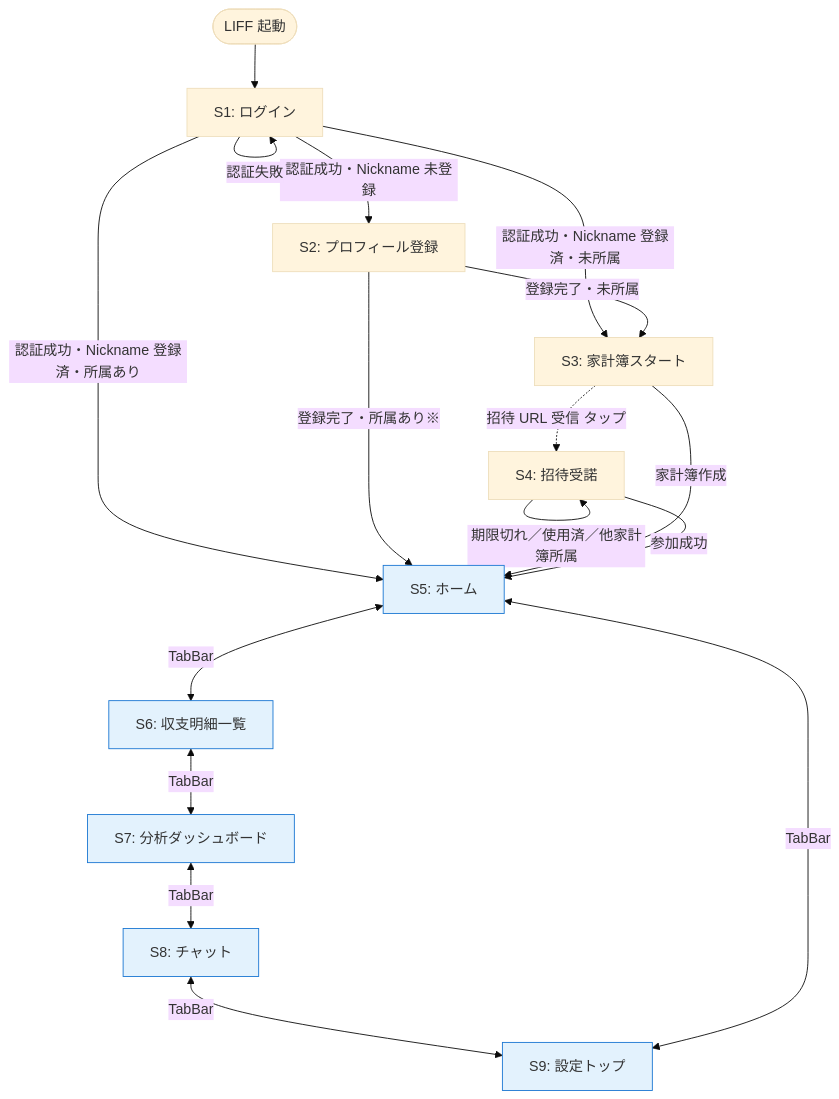
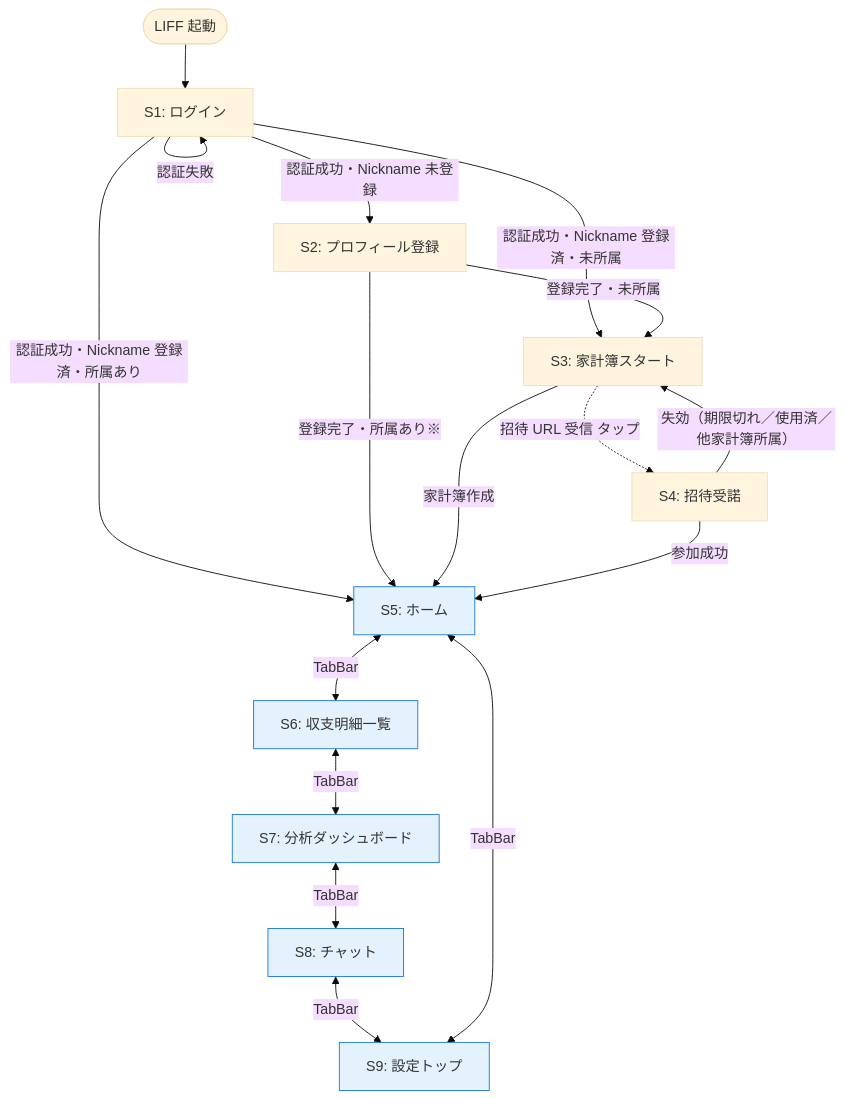
Before and after one commit to myantyuWorld/kakeibo-claude: the first of 3 diagrams in docs/design/画面一覧.md, drawn with Mermaid (base theme). The commit also changed other lines of this file and 4 other files, not shown here.

````diff
--- a/docs/design/画面一覧.md
+++ b/docs/design/画面一覧.md
@@ -71,31 +71,31 @@
 ```mermaid
 flowchart TD
     Start([LIFF 起動]) --> S1
     S1[S1: ログイン] -->|認証成功・Nickname 未登録| S2
     S1 -->|認証成功・Nickname 登録済・未所属| S3
     S1 -->|認証成功・Nickname 登録済・所属あり| S5
     S1 -->|認証失敗| S1
 
     S2[S2: プロフィール登録] -->|登録完了・未所属| S3
     S2 -->|登録完了・所属あり※| S5
 
     S3[S3: 家計簿スタート] -->|家計簿作成| S5
     S3 -.->|招待 URL 受信 タップ| S4
 
     S4[S4: 招待受諾] -->|参加成功| S5
-    S4 -->|期限切れ／使用済／他家計簿所属| S4
+    S4 -->|失効（期限切れ／使用済／他家計簿所属）| S3
 
     S5[S5: ホーム]:::main
     S6[S6: 収支明細一覧]:::main
     S7[S7: 分析ダッシュボード]:::main
     S8[S8: チャット]:::main
     S9[S9: 設定トップ]:::main
 
     S5 <-->|TabBar| S6
     S6 <-->|TabBar| S7
     S7 <-->|TabBar| S8
     S8 <-->|TabBar| S9
     S5 <-->|TabBar| S9
 
     classDef main fill:#e3f2fd,stroke:#1976d2
 ```
````
